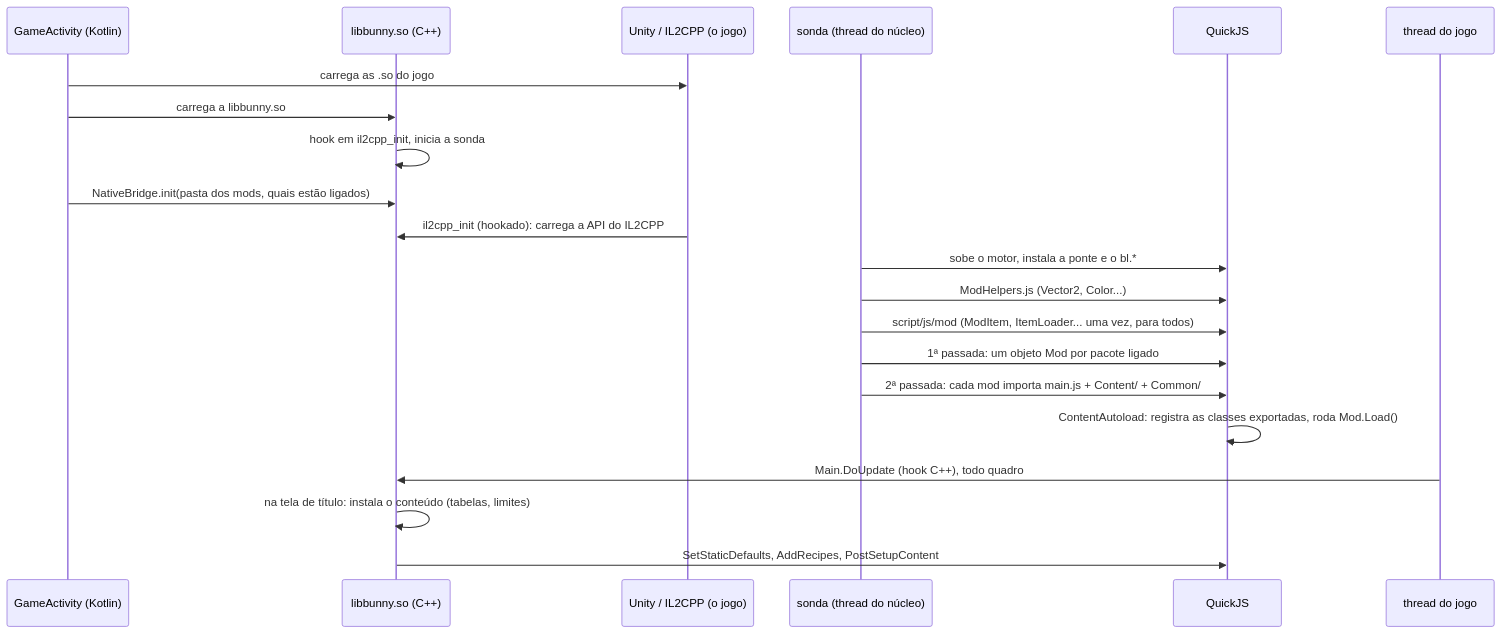
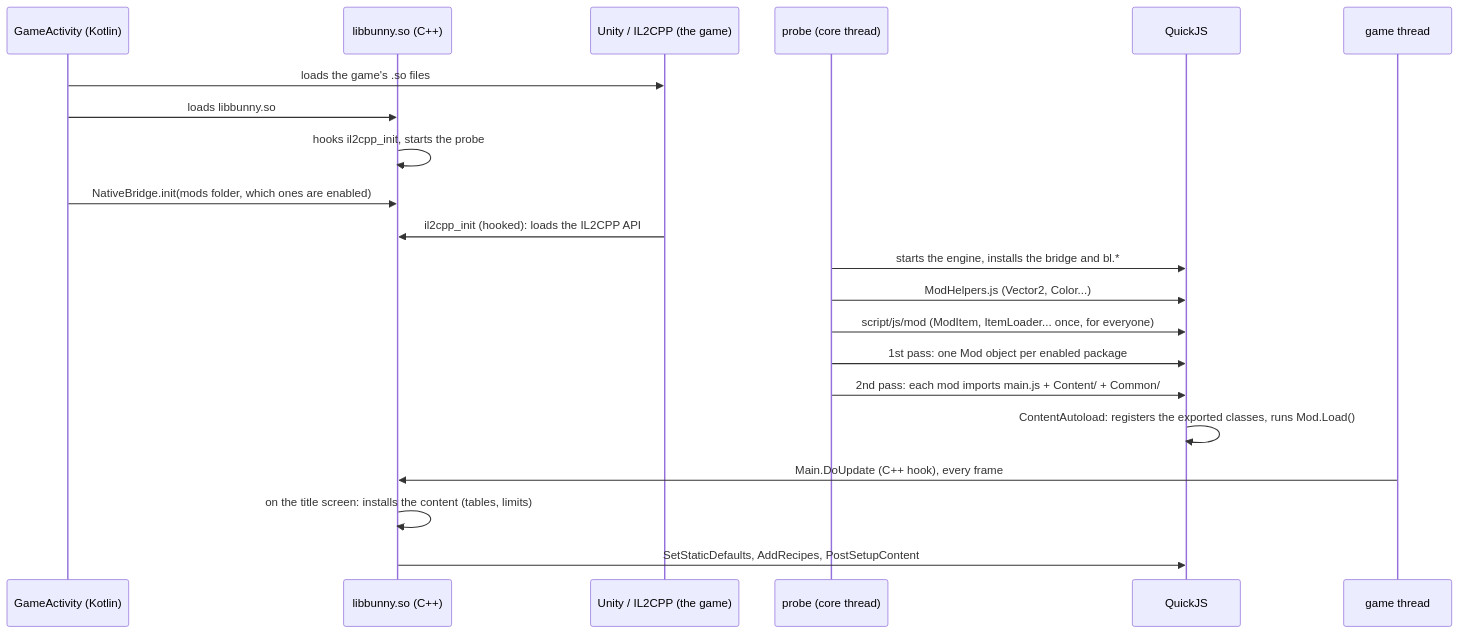
Before and after one commit to JonataOliveiraa/Bunny-Loader: the third of 5 diagrams in docs/mods/00-como-funciona.md, drawn with Mermaid. The commit also changed other lines of this file and 89 other files, not shown here.

````diff
--- a/docs/mods/00-como-funciona.md
+++ b/docs/mods/00-como-funciona.md
@@ -201,23 +204,23 @@
 ```mermaid
 sequenceDiagram
     participant K as GameActivity (Kotlin)
     participant B as libbunny.so (C++)
-    participant U as Unity / IL2CPP (o jogo)
-    participant S as sonda (thread do núcleo)
+    participant U as Unity / IL2CPP (the game)
+    participant S as probe (core thread)
     participant J as QuickJS
-    participant G as thread do jogo
-    K->>U: carrega as .so do jogo
-    K->>B: carrega a libbunny.so
-    B->>B: hook em il2cpp_init, inicia a sonda
-    K->>B: NativeBridge.init(pasta dos mods, quais estão ligados)
-    U->>B: il2cpp_init (hookado): carrega a API do IL2CPP
-    S->>J: sobe o motor, instala a ponte e o bl.*
+    participant G as game thread
+    K->>U: loads the game's .so files
+    K->>B: loads libbunny.so
+    B->>B: hooks il2cpp_init, starts the probe
+    K->>B: NativeBridge.init(mods folder, which ones are enabled)
+    U->>B: il2cpp_init (hooked): loads the IL2CPP API
+    S->>J: starts the engine, installs the bridge and bl.*
     S->>J: ModHelpers.js (Vector2, Color...)
-    S->>J: script/js/mod (ModItem, ItemLoader... uma vez, para todos)
-    S->>J: 1ª passada: um objeto Mod por pacote ligado
-    S->>J: 2ª passada: cada mod importa main.js + Content/ + Common/
-    J->>J: ContentAutoload: registra as classes exportadas, roda Mod.Load()
-    G->>B: Main.DoUpdate (hook C++), todo quadro
-    B->>B: na tela de título: instala o conteúdo (tabelas, limites)
+    S->>J: script/js/mod (ModItem, ItemLoader... once, for everyone)
+    S->>J: 1st pass: one Mod object per enabled package
+    S->>J: 2nd pass: each mod imports main.js + Content/ + Common/
+    J->>J: ContentAutoload: registers the exported classes, runs Mod.Load()
+    G->>B: Main.DoUpdate (C++ hook), every frame
+    B->>B: on the title screen: installs the content (tables, limits)
     B->>J: SetStaticDefaults, AddRecipes, PostSetupContent
 ```
````
